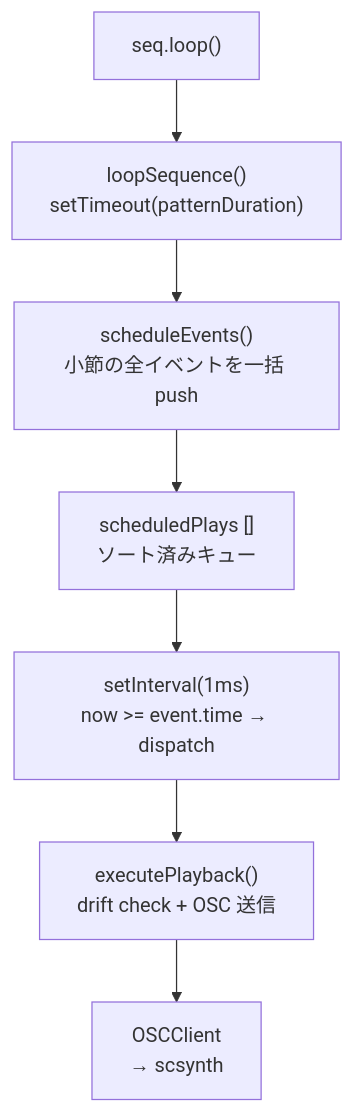
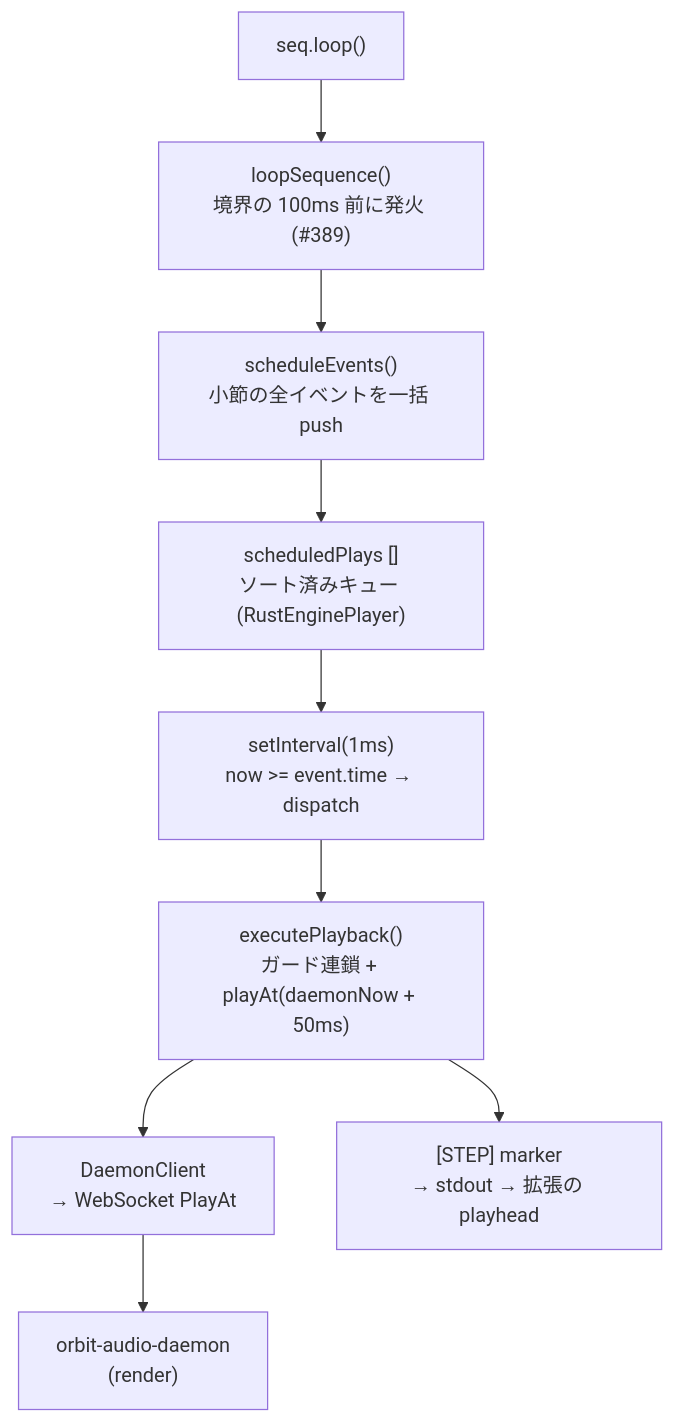
One commit to signalcompose/orbitscore changed the fourth of 4 diagrams in sites/dev/scheduling/event-queue.md. Above: the diagram before and after it, drawn with Mermaid. The commit also changed other lines of this file and 8 other files, not shown here.

````diff
--- a/sites/dev/scheduling/event-queue.md
+++ b/sites/dev/scheduling/event-queue.md
@@ -313,9 +576,11 @@
 ```mermaid
 flowchart TB
-  DSL["seq.loop()"] --> LS["loopSequence()\nsetTimeout(patternDuration)"]
+  DSL["seq.loop()"] --> LS["loopSequence()\n境界の 100ms 前に発火 (#389)"]
   LS --> SE["scheduleEvents()\n小節の全イベントを一括 push"]
-  SE --> QUEUE["scheduledPlays []\nソート済みキュー"]
+  SE --> QUEUE["scheduledPlays []\nソート済みキュー (RustEnginePlayer)"]
   QUEUE --> POLL["setInterval(1ms)\nnow >= event.time → dispatch"]
-  POLL --> EP["executePlayback()\ndrift check + OSC 送信"]
-  EP --> OSC["OSCClient\n→ scsynth"]
+  POLL --> EP["executePlayback()\nガード連鎖 + playAt(daemonNow + 50ms)"]
+  EP --> DC["DaemonClient\n→ WebSocket PlayAt"]
+  DC --> D["orbit-audio-daemon\n(render)"]
+  EP --> STEP["[STEP] marker\n→ stdout → 拡張の playhead"]
 ```
````
